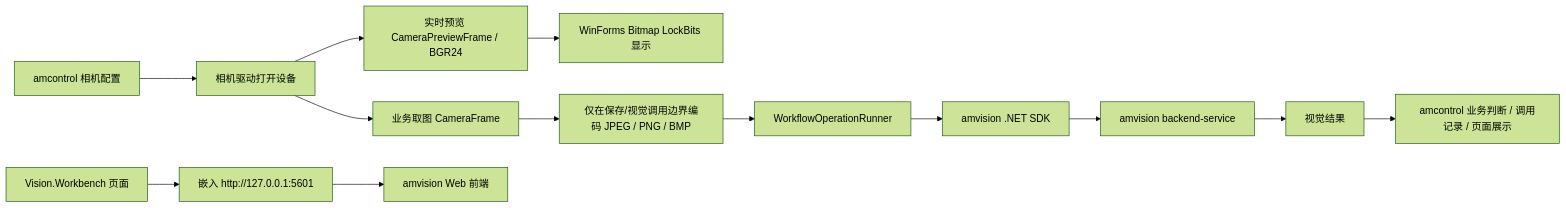
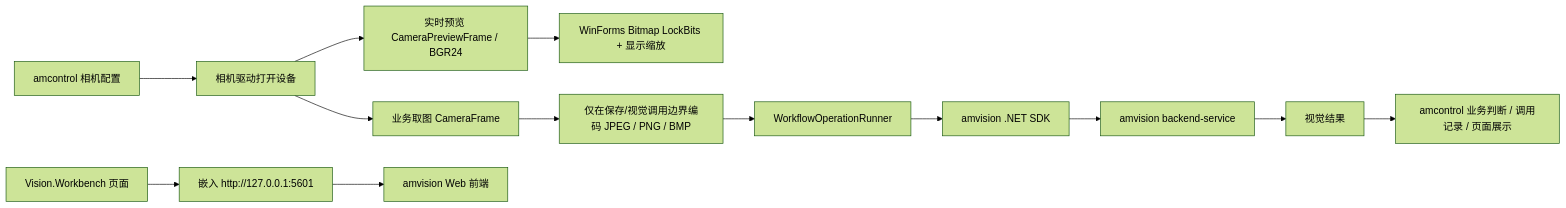
One commit to ammm56/amcontrol changed the diagram in Docs/03-features/vision-camera-sdk-integration-planning.md. Above: the diagram before and after it, drawn with Mermaid (forest theme). The commit also changed other lines of this file and 6 other files, not shown here.

````diff
--- a/Docs/03-features/vision-camera-sdk-integration-planning.md
+++ b/Docs/03-features/vision-camera-sdk-integration-planning.md
@@ -65,16 +65,16 @@
 ```mermaid
 flowchart LR
     A["amcontrol 相机配置"] --> B["相机驱动打开设备"]
     B --> C1["实时预览 CameraPreviewFrame / BGR24"]
-    C1 --> C2["WinForms Bitmap LockBits 显示"]
+    C1 --> C2["WinForms Bitmap LockBits + 显示缩放"]
     B --> D1["业务取图 CameraFrame"]
     D1 --> D2["仅在保存/视觉调用边界编码 JPEG / PNG / BMP"]
     D2 --> E["WorkflowOperationRunner"]
     E --> F["amvision .NET SDK"]
     F --> G["amvision backend-service"]
     G --> H["视觉结果"]
     H --> I["amcontrol 业务判断 / 调用记录 / 页面展示"]
 
     J["Vision.Workbench 页面"] --> K["嵌入 http://127.0.0.1:5601"]
     K --> L["amvision Web 前端"]
 ```
````
